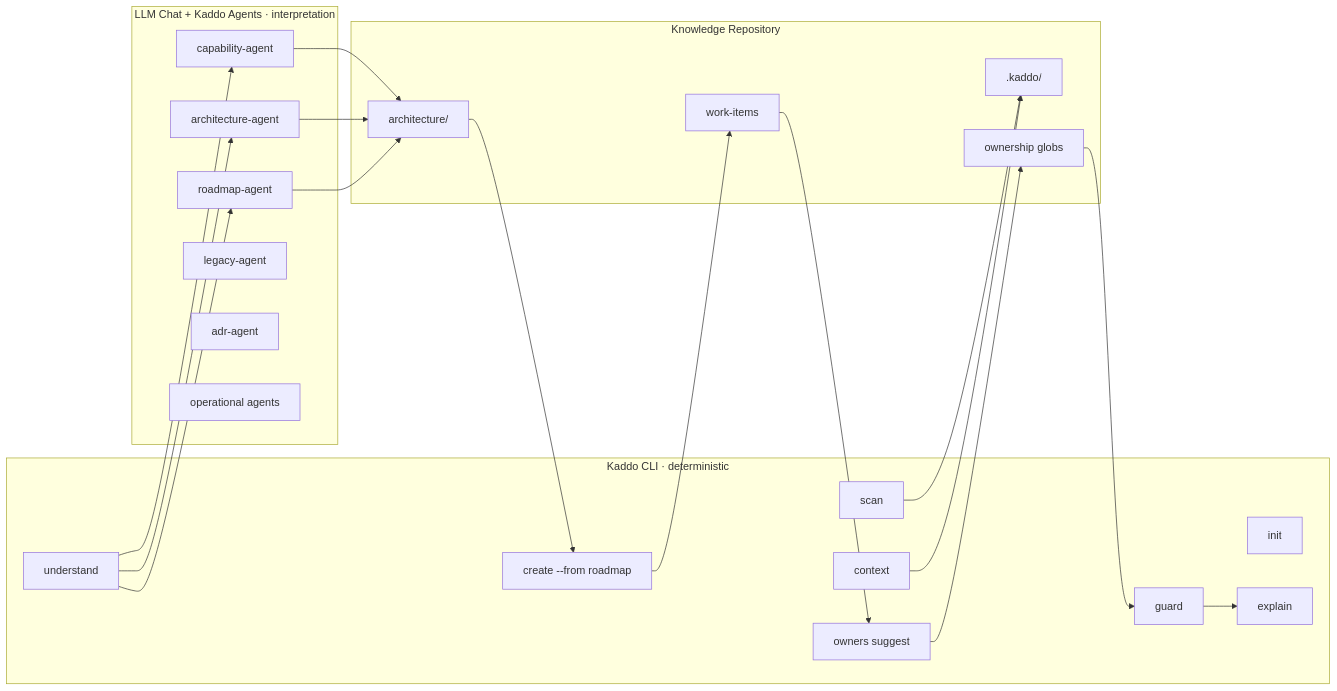
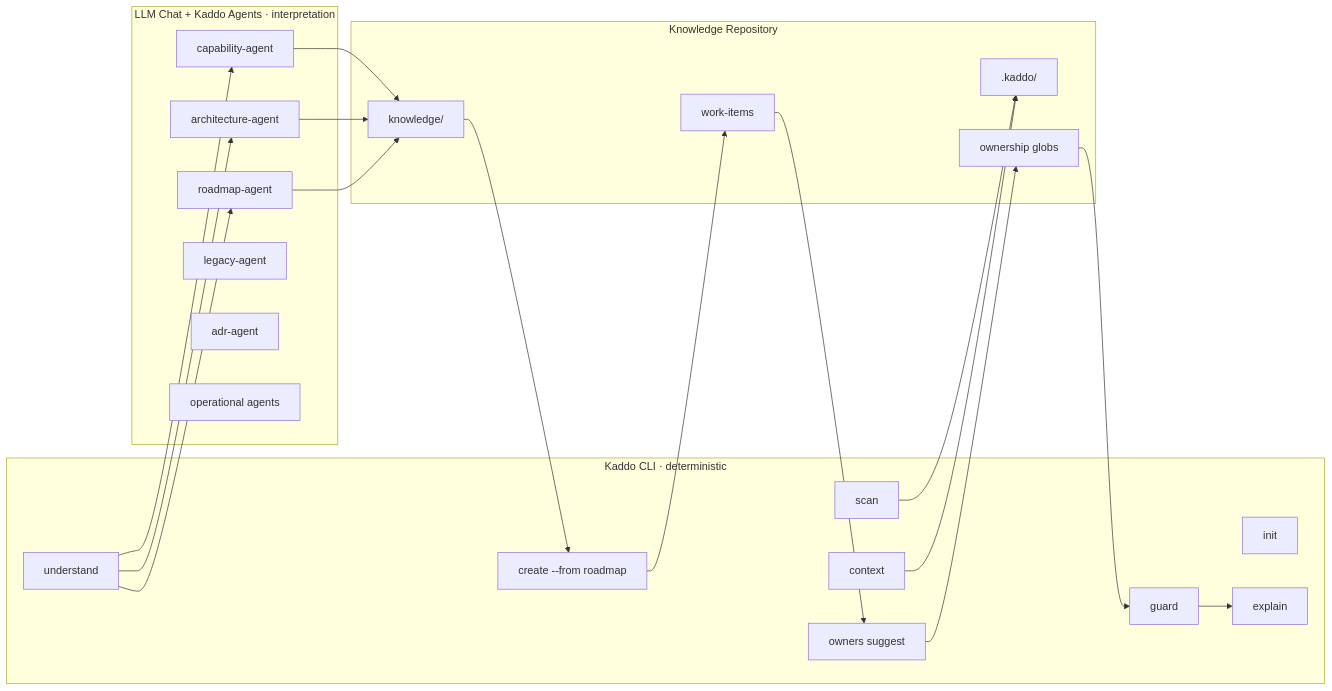
Before and after one commit to Kaddo-kdd/kaddo: the third of 10 diagrams in apps/docs/src/content/docs/visual-guide.md, drawn with Mermaid. The commit also changed other lines of this file and 105 other files, not shown here.

````diff
--- a/apps/docs/src/content/docs/visual-guide.md
+++ b/apps/docs/src/content/docs/visual-guide.md
@@ -51,41 +70,41 @@
 ```mermaid
 flowchart LR
     subgraph CLI["Kaddo CLI · deterministic"]
         A[init]
         B[scan]
         C[context]
         D[understand]
         E[create --from roadmap]
         F[owners suggest]
         G[guard]
         H[explain]
     end
     subgraph LLM["LLM Chat + Kaddo Agents · interpretation"]
         I[capability-agent]
         J[architecture-agent]
         K[roadmap-agent]
         L[legacy-agent]
         M[adr-agent]
         N[operational agents]
     end
     subgraph Repo["Knowledge Repository"]
         O[.kaddo/]
-        P[architecture/]
+        P[knowledge/]
         Q[work-items]
         R[ownership globs]
     end
     B --> O
     C --> O
     D --> I
     D --> J
     D --> K
     I --> P
     J --> P
     K --> P
     P --> E
     E --> Q
     Q --> F
     F --> R
     R --> G
     G --> H
 ```
````
